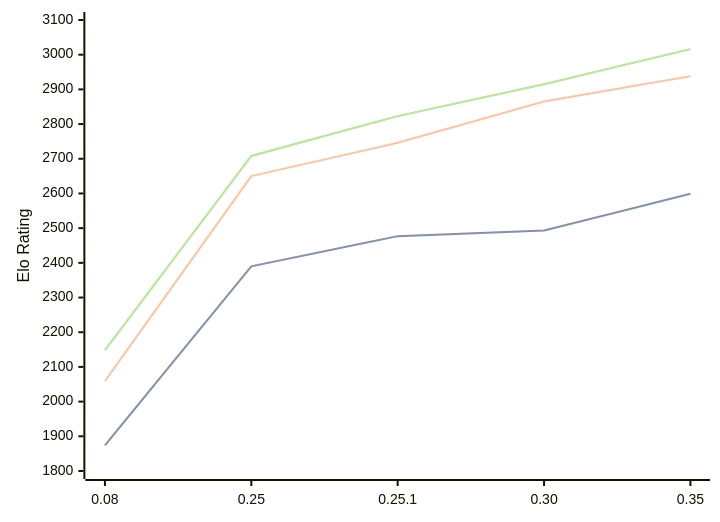
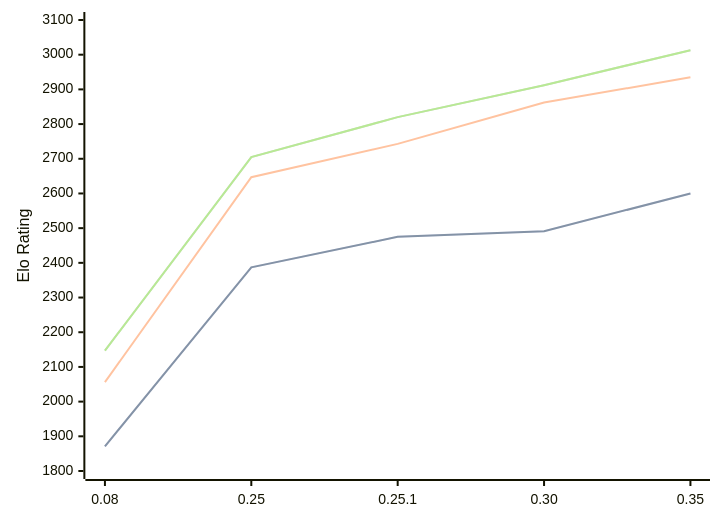
Before and after one commit to computer-chess-index/cci: the diagram in engines/Gecko.md, drawn with Mermaid. The commit also changed other lines of this file, not shown here.

Commit message:
Update CCI Ratings (ELO VLTC) - 2026-06-08

````diff
--- a/engines/Gecko.md
+++ b/engines/Gecko.md
@@ -35,11 +35,11 @@
 ```mermaid
 %%{init: {"theme":"base","themeVariables":{"seriesColors:['#a3a3a3','#222221','#faa371']}}}%%
 xychart-beta
   x-axis ["0.08", "0.25", "0.25.1", "0.30", "0.35"]
   y-axis "Elo Rating" 1800 --> 3100
-  line "STC (8.0+0.08s)" [1874, 2390, 2477, 2493, 2599]
-  line "STC (8.0+0.08s)" [1874, 2390, 2477, 2493, 2599]
-  line "LTC (60.0+0.60s)" [2059, 2650, 2746, 2865, 2938]
-  line "VLTC (2m24s+1.12s)" [2148, 2708, 2823, 2915, 3016]
-  line "VLTC (2m24s+1.12s)" [2148, 2708, 2823, 2915, 3016]
+  line "STC (8.0+0.08s)" [1871, 2387, 2475, 2491, 2600]
+  line "STC (8.0+0.08s)" [1871, 2387, 2475, 2491, 2600]
+  line "LTC (60.0+0.60s)" [2056, 2647, 2743, 2862, 2935]
+  line "VLTC (2m24s+1.12s)" [2147, 2705, 2820, 2912, 3013]
+  line "VLTC (2m24s+1.12s)" [2147, 2705, 2820, 2912, 3013]
 ```
````
